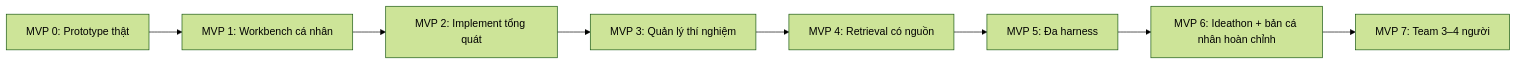
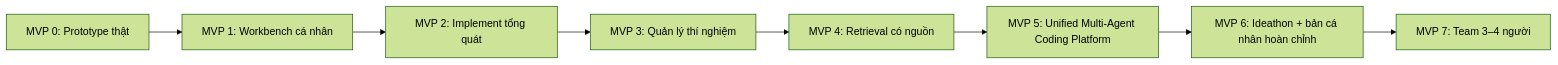
Before and after one commit to jhinezeal123/AI-Scientist-v2: the diagram in docs/customization/PRODUCT_ROADMAP.md, drawn with Mermaid (forest theme). The commit also changed other lines of this file and 37 other files, not shown here.

Commit message:
feat(agent-management): complete MVP5 workspace and approved research integration

````diff
--- a/docs/customization/PRODUCT_ROADMAP.md
+++ b/docs/customization/PRODUCT_ROADMAP.md
@@ -54,10 +54,10 @@
 ```mermaid
 flowchart LR
     M0["MVP 0: Prototype thật"] --> M1["MVP 1: Workbench cá nhân"]
     M1 --> M2["MVP 2: Implement tổng quát"]
     M2 --> M3["MVP 3: Quản lý thí nghiệm"]
     M3 --> M4["MVP 4: Retrieval có nguồn"]
-    M4 --> M5["MVP 5: Đa harness"]
+    M4 --> M5["MVP 5: Unified Multi-Agent Coding Platform"]
     M5 --> M6["MVP 6: Ideathon + bản cá nhân hoàn chỉnh"]
     M6 --> M7["MVP 7: Team 3–4 người"]
 ```
````
